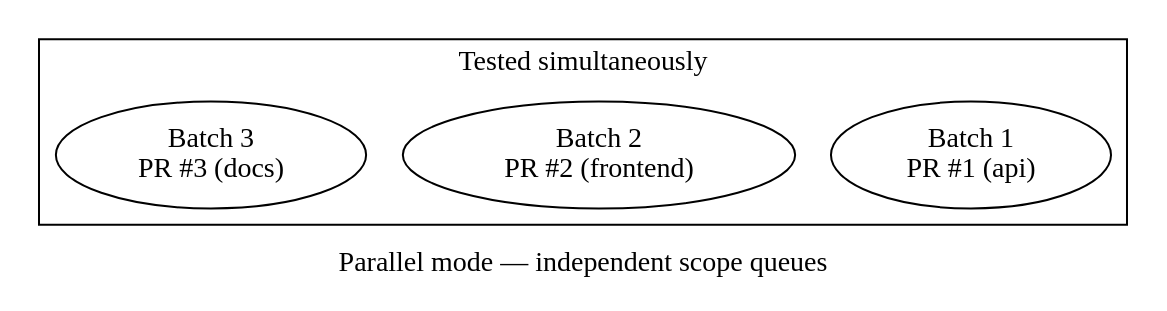
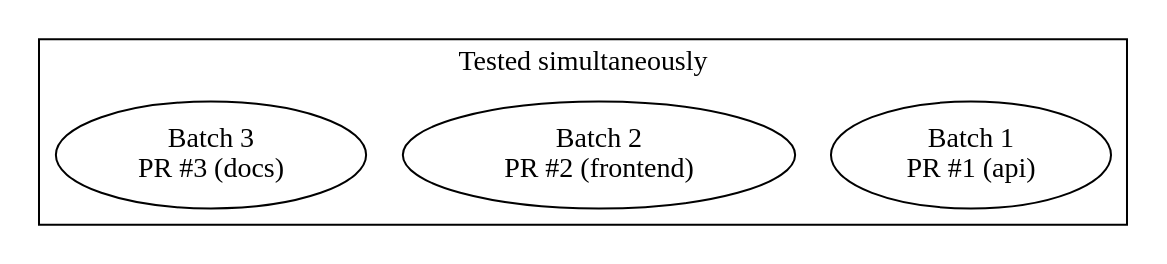
One commit to Mergifyio/docs changed the second of 5 diagrams in src/content/docs/merge-queue/queue-modes.mdx. Above: the diagram before and after it, drawn with Graphviz. The commit also changed other lines of this file and 20 other files, not shown here.

First line of the commit message:
feat(diagrams): size by type, caption in HTML, one meaning per role

````diff
--- a/src/content/docs/merge-queue/queue-modes.mdx
+++ b/src/content/docs/merge-queue/queue-modes.mdx
@@ -87,15 +86,14 @@
-```dot class="flow"
+```dot class="flow" title="Parallel mode — batches with no scope in common are tested at the same time"
 digraph {
-  label="Parallel mode — independent scope queues";
   edge [style=invis];
 
   subgraph cluster_running {
     class="batch";
     label="Tested simultaneously";
     PR1 [label="Batch 1\nPR #1 (api)", class="pending"];
     PR2 [label="Batch 2\nPR #2 (frontend)", class="pending"];
     PR3 [label="Batch 3\nPR #3 (docs)", class="pending"];
     { rank=same; PR1; PR2; PR3; }
   }
 }
 ```
````
